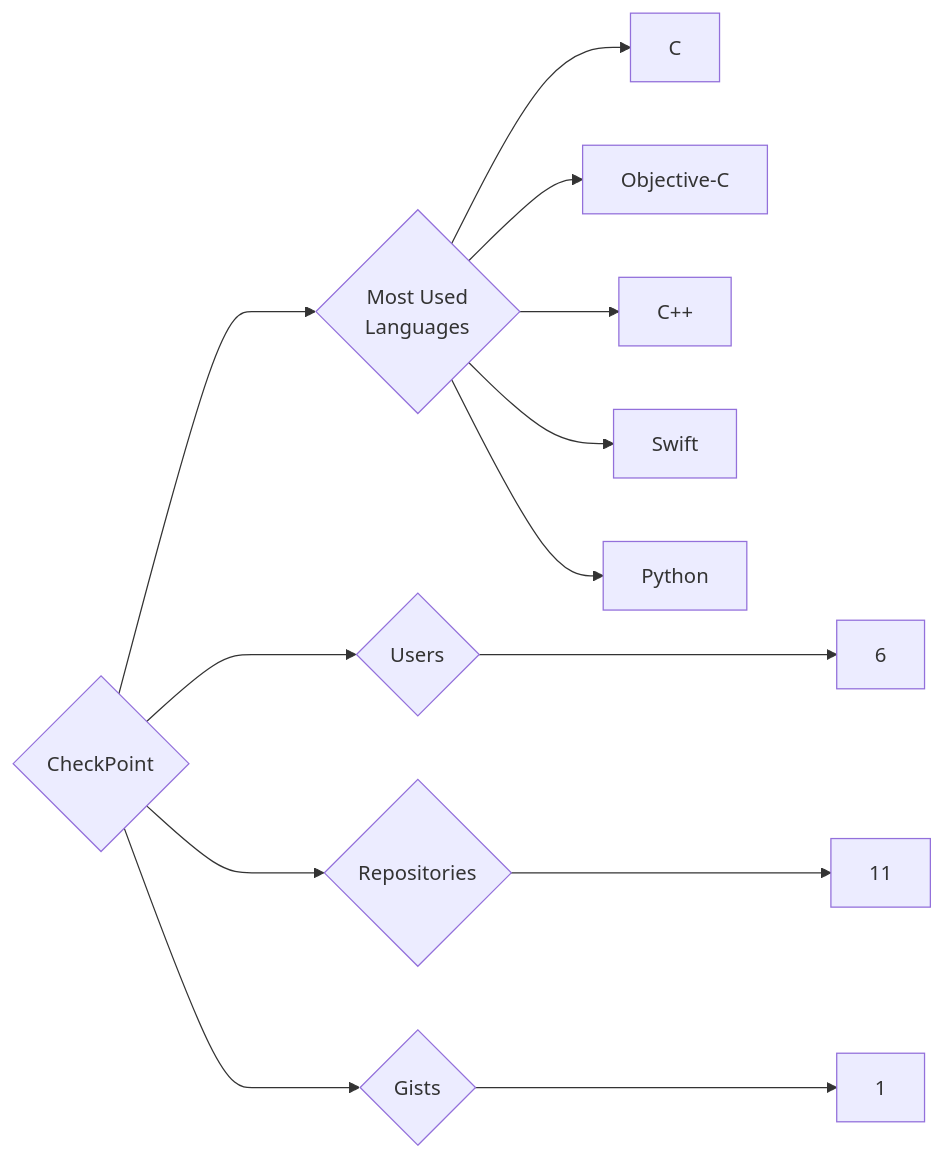
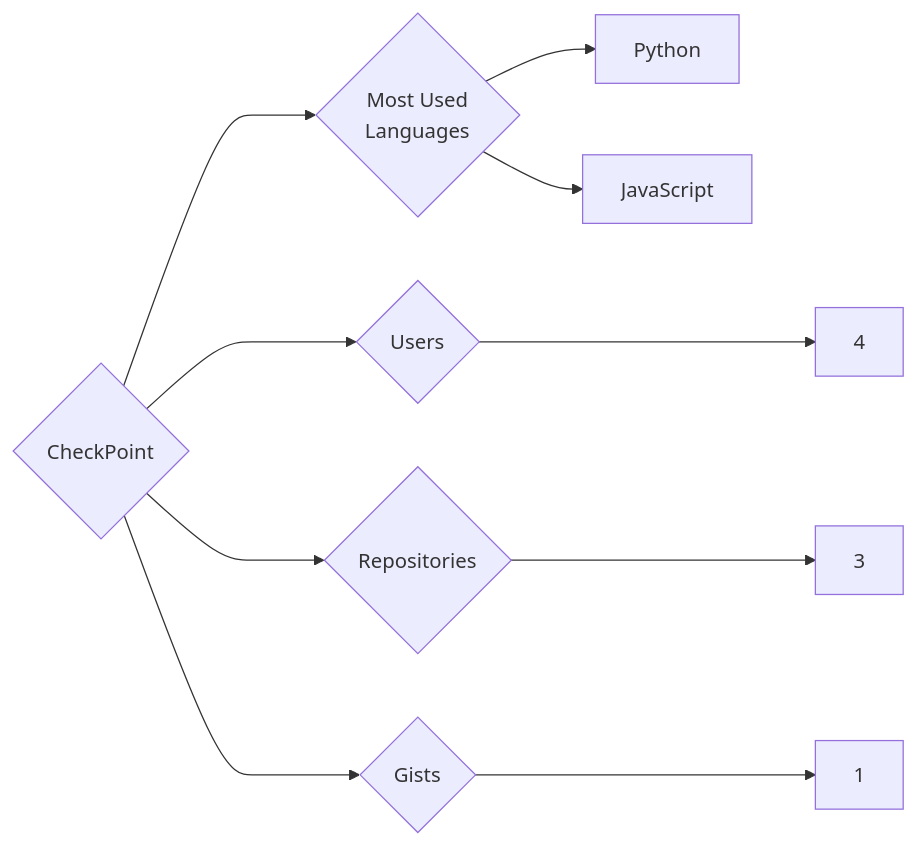
One commit to trickest/insiders changed the diagram in targets/CheckPoint/README.md. Above: the diagram before and after it, drawn with Mermaid. The commit also changed 899 other files, not shown here.

````diff
--- a/targets/CheckPoint/README.md
+++ b/targets/CheckPoint/README.md
@@ -3,13 +3,10 @@
 ```mermaid
 graph LR
 COMPANY_NAME{CheckPoint}
-COMPANY_NAME ---> U{Users} ---> UN[6]
-COMPANY_NAME ---> R{Repositories} ---> RN[11]
+COMPANY_NAME ---> U{Users} ---> UN[4]
+COMPANY_NAME ---> R{Repositories} ---> RN[3]
 COMPANY_NAME ---> G{Gists} ---> GN[1]
 COMPANY_NAME ---> ML{Most Used<br>Languages}
-ML --> C[C]
-ML --> Objective-C[Objective-C]
-ML --> C++[C++]
-ML --> Swift[Swift]
 ML --> Python[Python]
+ML --> JavaScript[JavaScript]
 ```
````
